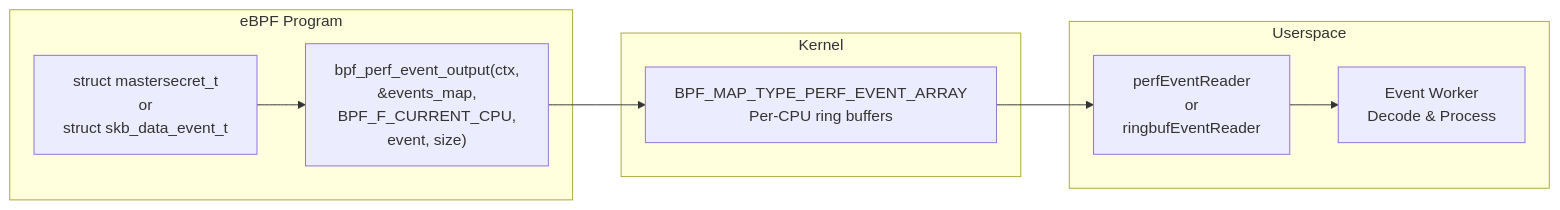
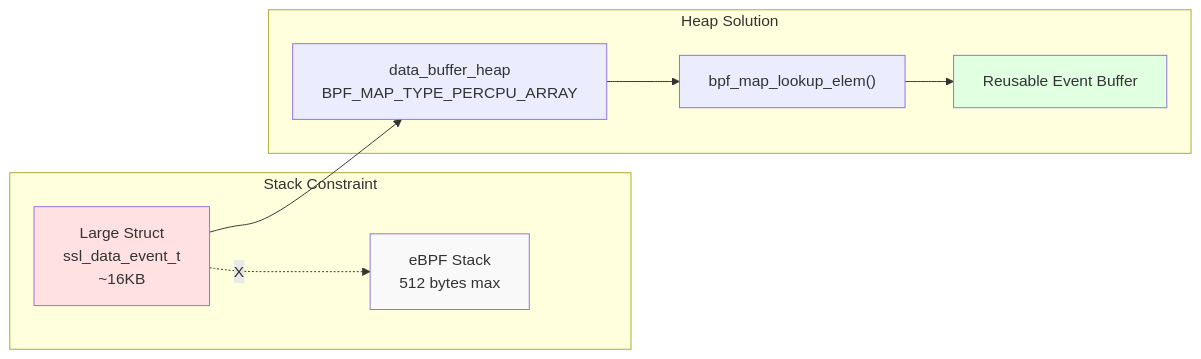
The third of 3 diagrams in src/en/5-development-guide/5.2-ebpf-program-development.md (gojue/ecapture.cc), drawn with Mermaid before and after one commit. The commit also changed other lines of this file and 115 other files, not shown here.

````diff
--- a/src/en/5-development-guide/5.2-ebpf-program-development.md
+++ b/src/en/5-development-guide/5.2-ebpf-program-development.md
@@ -533,23 +151,22 @@
 ```mermaid
 graph LR
-    subgraph "eBPF Program"
-        EVENT_STRUCT["struct mastersecret_t<br/>or<br/>struct skb_data_event_t"]
-        
-        OUTPUT_CALL["bpf_perf_event_output(ctx,<br/>&events_map,<br/>BPF_F_CURRENT_CPU,<br/>event, size)"]
+    subgraph "Stack Constraint"
+        STACK["eBPF Stack<br/>512 bytes max"]
+        LARGE["Large Struct<br/>ssl_data_event_t<br/>~16KB"]
     end
     
-    subgraph "Kernel"
-        PERF_MAP["BPF_MAP_TYPE_PERF_EVENT_ARRAY<br/>Per-CPU ring buffers"]
+    subgraph "Heap Solution"
+        HEAP_MAP["data_buffer_heap<br/>BPF_MAP_TYPE_PERCPU_ARRAY"]
+        LOOKUP["bpf_map_lookup_elem()"]
+        EVENT["Reusable Event Buffer"]
     end
     
-    subgraph "Userspace"
-        READER["perfEventReader<br/>or<br/>ringbufEventReader"]
-        
-        WORKER["Event Worker<br/>Decode & Process"]
-    end
+    LARGE -.X.-> STACK
+    LARGE --> HEAP_MAP
+    HEAP_MAP --> LOOKUP
+    LOOKUP --> EVENT
     
-    EVENT_STRUCT --> OUTPUT_CALL
-    OUTPUT_CALL --> PERF_MAP
-    PERF_MAP --> READER
-    READER --> WORKER
+    style STACK fill:#f9f9f9
+    style LARGE fill:#ffe1e1
+    style EVENT fill:#e1ffe1
 ```
````
